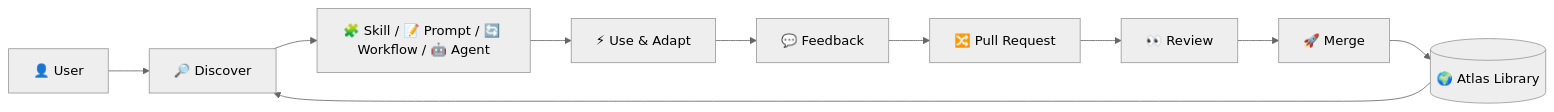
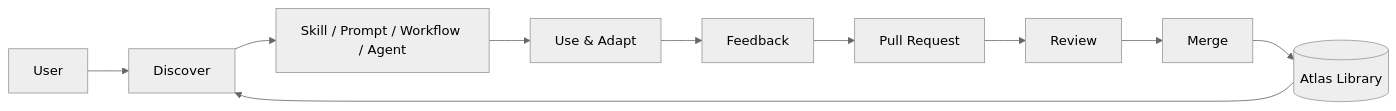
One commit to SANJANAKUMARI83/claude-skills-atlas changed the diagram in README.md. Above: the diagram before and after it, drawn with Mermaid (neutral theme). The commit also changed other lines of this file, not shown here.

````diff
--- a/README.md
+++ b/README.md
@@ -96,12 +93,12 @@
 ```mermaid
 graph LR
-    User[👤 User] --> Discover[🔎 Discover]
-    Discover --> Resource[🧩 Skill / 📝 Prompt / 🔄 Workflow / 🤖 Agent]
-    Resource --> Use[⚡ Use & Adapt]
-    Use --> Feedback[💬 Feedback]
-    Feedback --> PR[🔀 Pull Request]
-    PR --> Review[👀 Review]
-    Review --> Merge[🚀 Merge]
-    Merge --> Library[(🌍 Atlas Library)]
+    User[User] --> Discover[Discover]
+    Discover --> Resource[Skill / Prompt / Workflow / Agent]
+    Resource --> Use[Use & Adapt]
+    Use --> Feedback[Feedback]
+    Feedback --> PR[Pull Request]
+    PR --> Review[Review]
+    Review --> Merge[Merge]
+    Merge --> Library[(Atlas Library)]
     Library --> Discover
 ```
````
